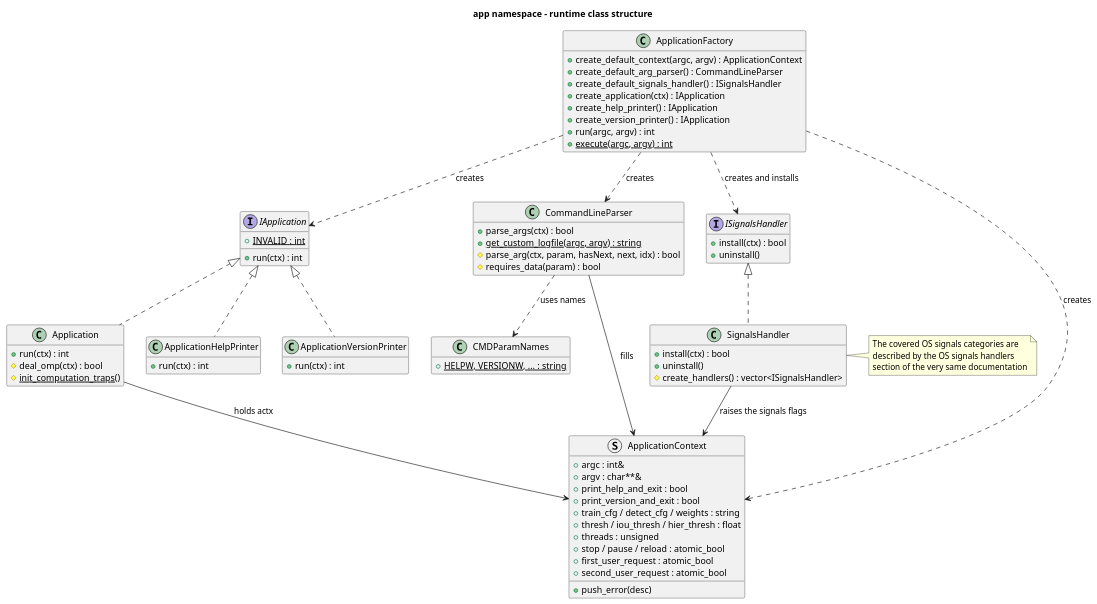
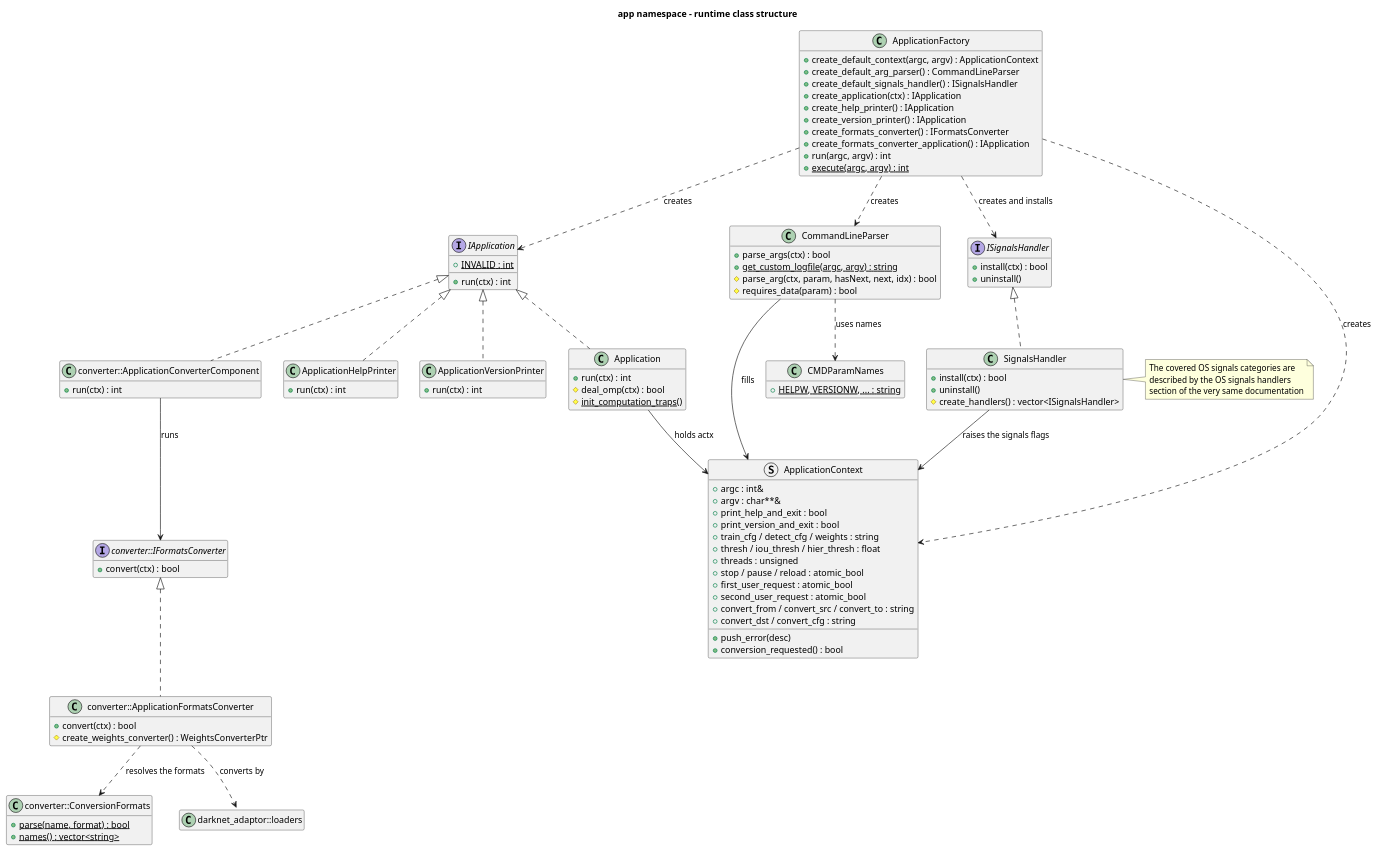
One commit to yuriysydor1991/darknetxx changed the diagram in doc/diagrams/application-runtime-classes.puml. Above: the diagram before and after it, drawn with PlantUML. The commit also changed 38 other files, not shown here.

First line of the commit message:
docs: document the network weights files formats and the converter

```diff
--- a/doc/diagrams/application-runtime-classes.puml
+++ b/doc/diagrams/application-runtime-classes.puml
@@ -1,93 +1,121 @@
 @startuml application-runtime-classes
 title app namespace - runtime class structure
 
 skinparam shadowing false
 hide empty members
 
 interface IApplication {
   +run(ctx) : int
   +{static} INVALID : int
 }
 
 class Application {
   +run(ctx) : int
   #deal_omp(ctx) : bool
   #{static} init_computation_traps()
 }
 
 class ApplicationHelpPrinter {
   +run(ctx) : int
 }
 
 class ApplicationVersionPrinter {
   +run(ctx) : int
 }
 
+class "converter::ApplicationConverterComponent" as ApplicationConverterComponent {
+  +run(ctx) : int
+}
+
+interface "converter::IFormatsConverter" as IFormatsConverter {
+  +convert(ctx) : bool
+}
+
+class "converter::ApplicationFormatsConverter" as ApplicationFormatsConverter {
+  +convert(ctx) : bool
+  #create_weights_converter() : WeightsConverterPtr
+}
+
+class "converter::ConversionFormats" as ConversionFormats {
+  +{static} parse(name, format) : bool
+  +{static} names() : vector<string>
+}
+
 class ApplicationFactory {
   +create_default_context(argc, argv) : ApplicationContext
   +create_default_arg_parser() : CommandLineParser
   +create_default_signals_handler() : ISignalsHandler
   +create_application(ctx) : IApplication
   +create_help_printer() : IApplication
   +create_version_printer() : IApplication
+  +create_formats_converter() : IFormatsConverter
+  +create_formats_converter_application() : IApplication
   +run(argc, argv) : int
   +{static} execute(argc, argv) : int
 }
 
 class CommandLineParser {
   +parse_args(ctx) : bool
   +{static} get_custom_logfile(argc, argv) : string
   #parse_arg(ctx, param, hasNext, next, idx) : bool
   #requires_data(param) : bool
 }
 
 class CMDParamNames {
   +{static} HELPW, VERSIONW, ... : string
 }
 
 interface ISignalsHandler {
   +install(ctx) : bool
   +uninstall()
 }
 
 class SignalsHandler {
   +install(ctx) : bool
   +uninstall()
   #create_handlers() : vector<ISignalsHandler>
 }
 
 note right of SignalsHandler
   The covered OS signals categories are
   described by the OS signals handlers
   section of the very same documentation
 end note
 
 struct ApplicationContext {
   +argc : int&
   +argv : char**&
   +print_help_and_exit : bool
   +print_version_and_exit : bool
   +train_cfg / detect_cfg / weights : string
   +thresh / iou_thresh / hier_thresh : float
   +threads : unsigned
   +stop / pause / reload : atomic_bool
   +first_user_request : atomic_bool
   +second_user_request : atomic_bool
+  +convert_from / convert_src / convert_to : string
+  +convert_dst / convert_cfg : string
   +push_error(desc)
+  +conversion_requested() : bool
 }
 
 IApplication <|.. Application
 IApplication <|.. ApplicationHelpPrinter
 IApplication <|.. ApplicationVersionPrinter
+IApplication <|.. ApplicationConverterComponent
+IFormatsConverter <|.. ApplicationFormatsConverter
 ISignalsHandler <|.. SignalsHandler
 
 ApplicationFactory ..> IApplication : creates
 ApplicationFactory ..> CommandLineParser : creates
 ApplicationFactory ..> ApplicationContext : creates
 ApplicationFactory ..> ISignalsHandler : creates and installs
 CommandLineParser ..> CMDParamNames : uses names
 CommandLineParser --> ApplicationContext : fills
 Application --> ApplicationContext : holds actx
 SignalsHandler --> ApplicationContext : raises the signals flags
+ApplicationConverterComponent --> IFormatsConverter : runs
+ApplicationFormatsConverter ..> ConversionFormats : resolves the formats
+ApplicationFormatsConverter ..> "darknet_adaptor::loaders::WeightsConverter" : converts by
 
 @enduml
```
